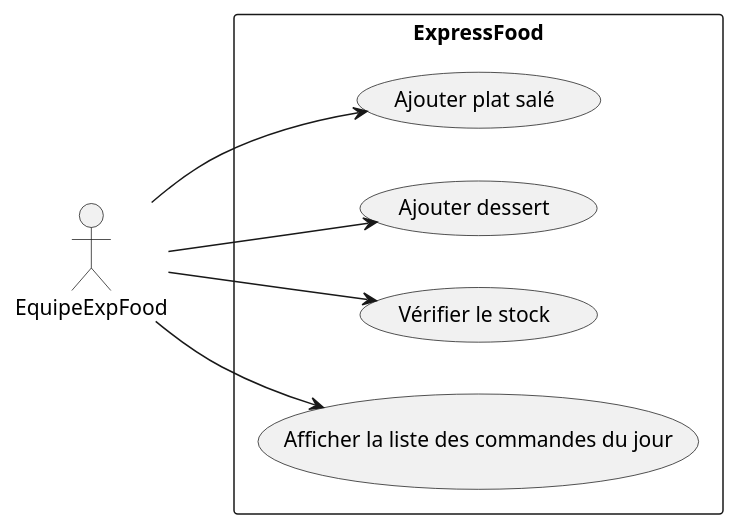
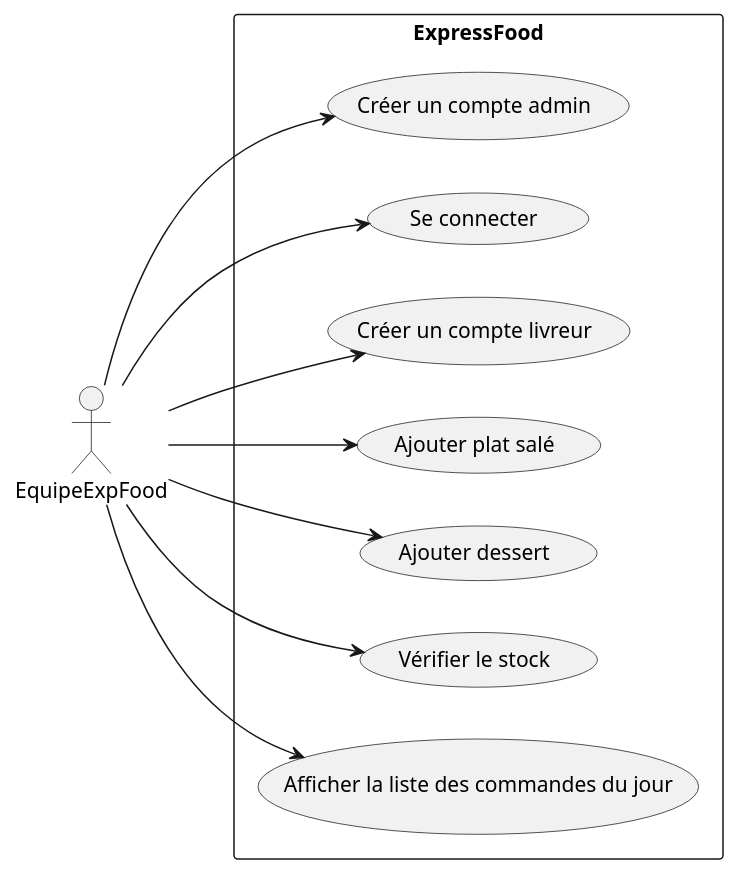
Before and after one commit to laurasullyalexandrine/expressfood: the diagram in UseCase/EquipeExpFood.puml, drawn with PlantUML. The commit also changed 3 other files, not shown here.

```diff
--- a/UseCase/EquipeExpFood.puml
+++ b/UseCase/EquipeExpFood.puml
@@ -2,19 +2,27 @@
 @startuml EquipeExpFood
 
 left to right direction
 
 actor "EquipeExpFood" as EquipeExpFood
 
 rectangle ExpressFood {
-  usecase "Ajouter plat salé" as UC1
-  usecase "Ajouter dessert" as UC2
-  usecase "Vérifier le stock" as UC3
-  usecase "Afficher la liste des commandes du jour" as UC4
+  usecase "Créer un compte admin" as UC1
+  usecase "Se connecter" as UC2
+  usecase "Créer un compte livreur" as UC3
+  usecase "Ajouter plat salé" as UC4
+  usecase "Ajouter dessert" as UC5
+  usecase "Vérifier le stock" as UC6
+  usecase "Afficher la liste des commandes du jour" as UC7
 }
 
 EquipeExpFood --> UC1
 EquipeExpFood --> UC2
 EquipeExpFood --> UC3
 EquipeExpFood --> UC4
+EquipeExpFood --> UC5
+EquipeExpFood --> UC6
+EquipeExpFood --> UC7
+
+
 
 @enduml
```
